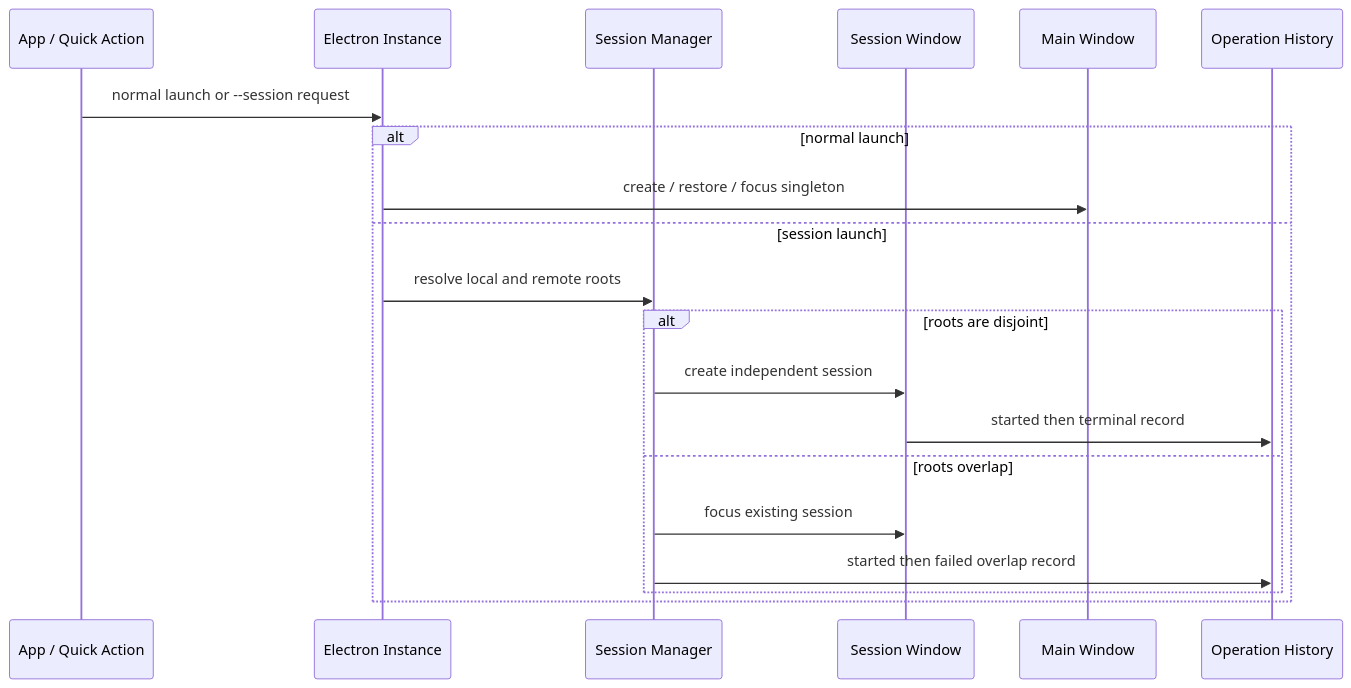
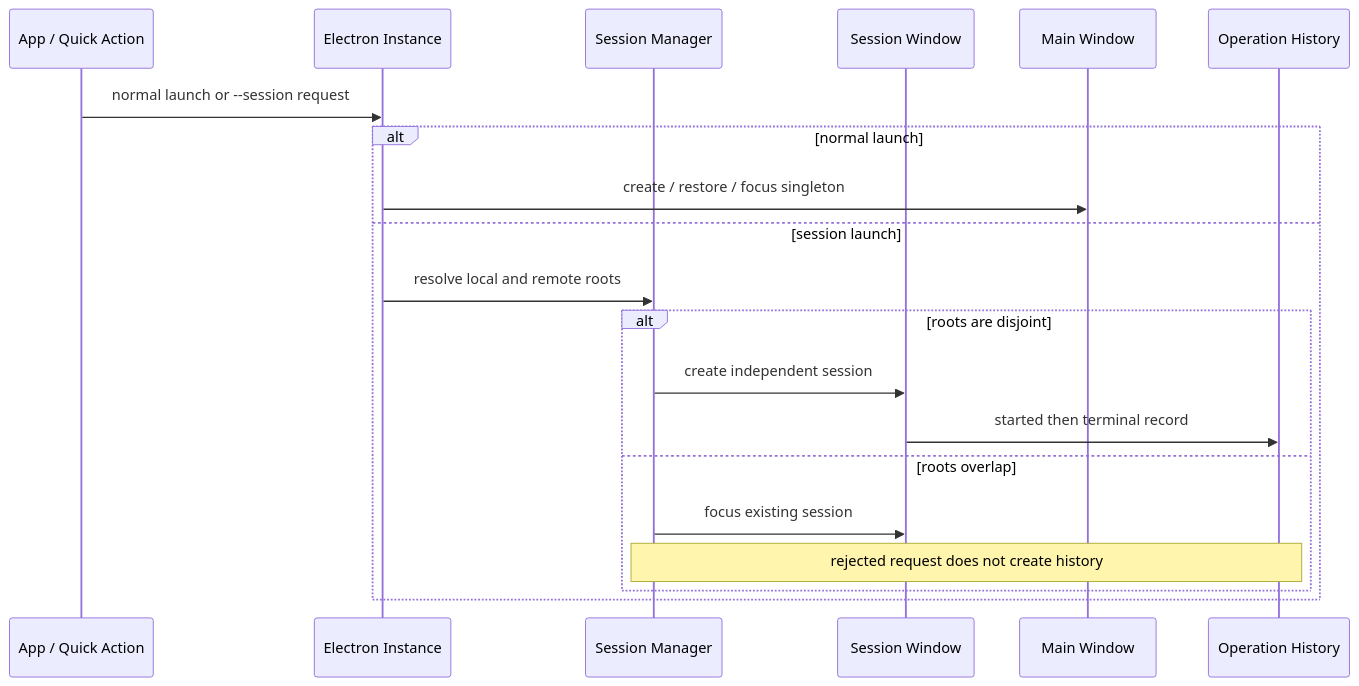
Diagram 11 of 15 in docs/Flows.md (agalloch21/sync-with-rclone), drawn with Mermaid before and after one commit. The commit also changed other lines of this file and 18 other files, not shown here.

````diff
--- a/docs/Flows.md
+++ b/docs/Flows.md
@@ -297,23 +297,23 @@
 ```mermaid
 sequenceDiagram
   participant OS as App / Quick Action
   participant EI as Electron Instance
   participant SM as Session Manager
   participant SW as Session Window
   participant MW as Main Window
   participant H as Operation History
 
   OS->>EI: normal launch or --session request
   alt normal launch
     EI->>MW: create / restore / focus singleton
   else session launch
     EI->>SM: resolve local and remote roots
     alt roots are disjoint
       SM->>SW: create independent session
       SW->>H: started then terminal record
     else roots overlap
       SM->>SW: focus existing session
-      SM->>H: started then failed overlap record
+      Note over SM,H: rejected request does not create history
     end
   end
 ```
````
